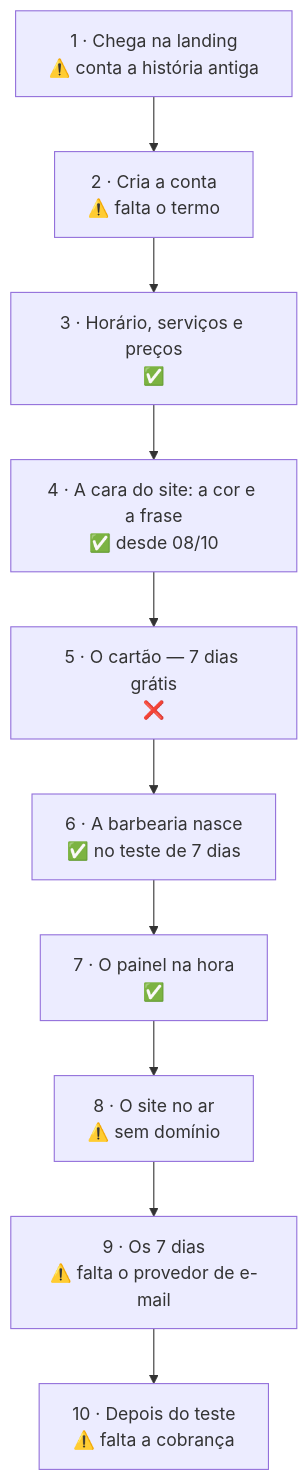
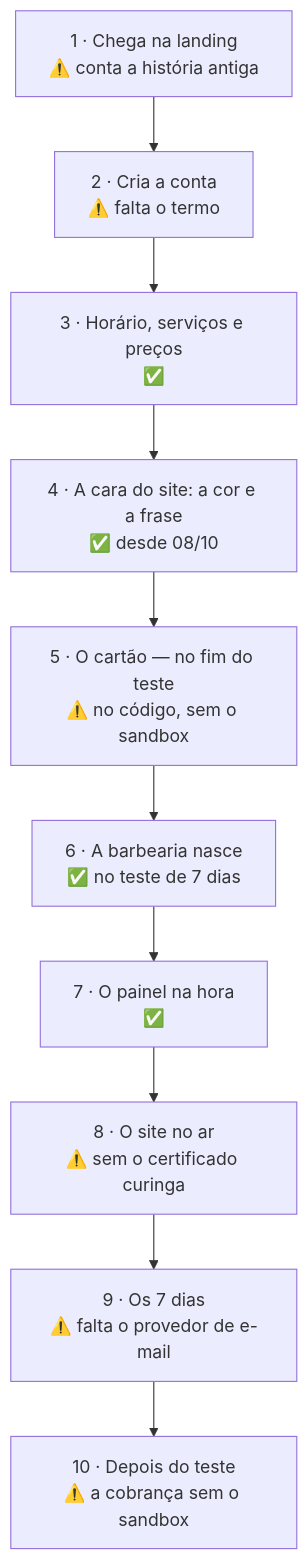
The diagram in docs/JORNADA-DO-BARBEIRO.md (Alexandfdes/Barbearia), drawn with Mermaid before and after one commit. The commit also changed other lines of this file and 4 other files, not shown here.

First line of the commit message:
docs: a cobrança no código, a tela final que confere e o CI

````diff
--- a/docs/JORNADA-DO-BARBEIRO.md
+++ b/docs/JORNADA-DO-BARBEIRO.md
@@ -34,12 +36,12 @@
 ```mermaid
 flowchart TD
     P1["1 · Chega na landing<br/>⚠️ conta a história antiga"] --> P2["2 · Cria a conta<br/>⚠️ falta o termo"]
     P2 --> P3["3 · Horário, serviços e preços<br/>✅"]
     P3 --> P4["4 · A cara do site: a cor e a frase<br/>✅ desde 08/10"]
-    P4 --> P5["5 · O cartão — 7 dias grátis<br/>❌"]
+    P4 --> P5["5 · O cartão — no fim do teste<br/>⚠️ no código, sem o sandbox"]
     P5 --> P6["6 · A barbearia nasce<br/>✅ no teste de 7 dias"]
     P6 --> P7["7 · O painel na hora<br/>✅"]
-    P7 --> P8["8 · O site no ar<br/>⚠️ sem domínio"]
+    P7 --> P8["8 · O site no ar<br/>⚠️ sem o certificado curinga"]
     P8 --> P9["9 · Os 7 dias<br/>⚠️ falta o provedor de e-mail"]
-    P9 --> P10["10 · Depois do teste<br/>⚠️ falta a cobrança"]
+    P9 --> P10["10 · Depois do teste<br/>⚠️ a cobrança sem o sandbox"]
 ```
````
